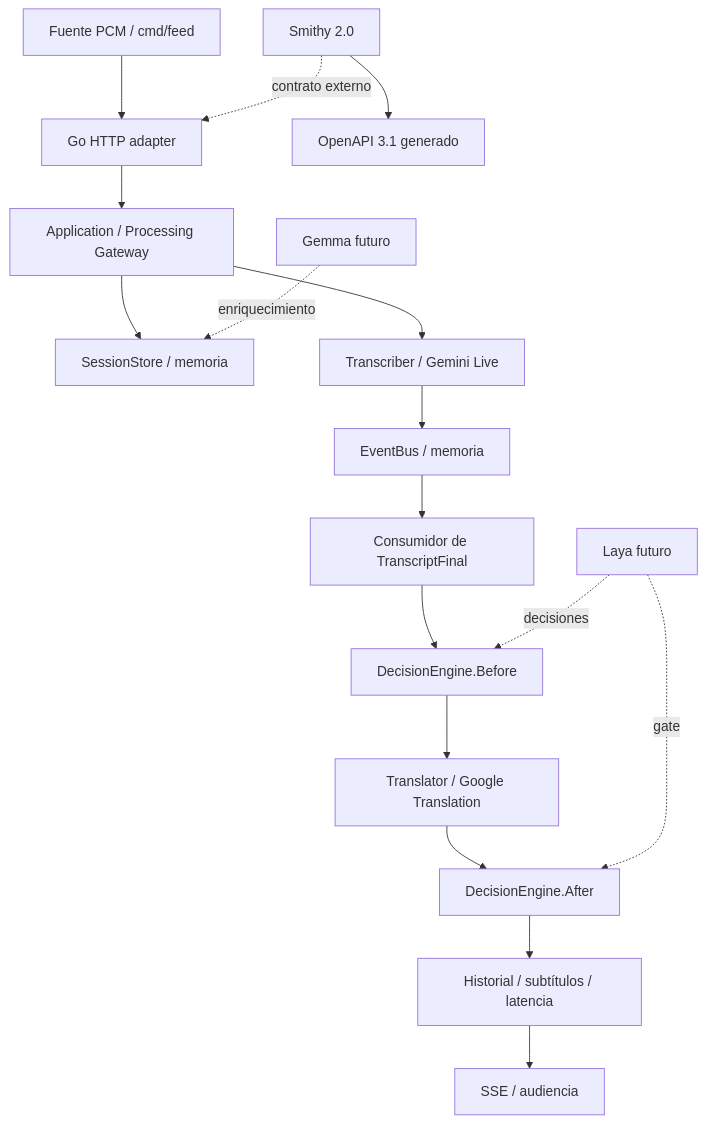
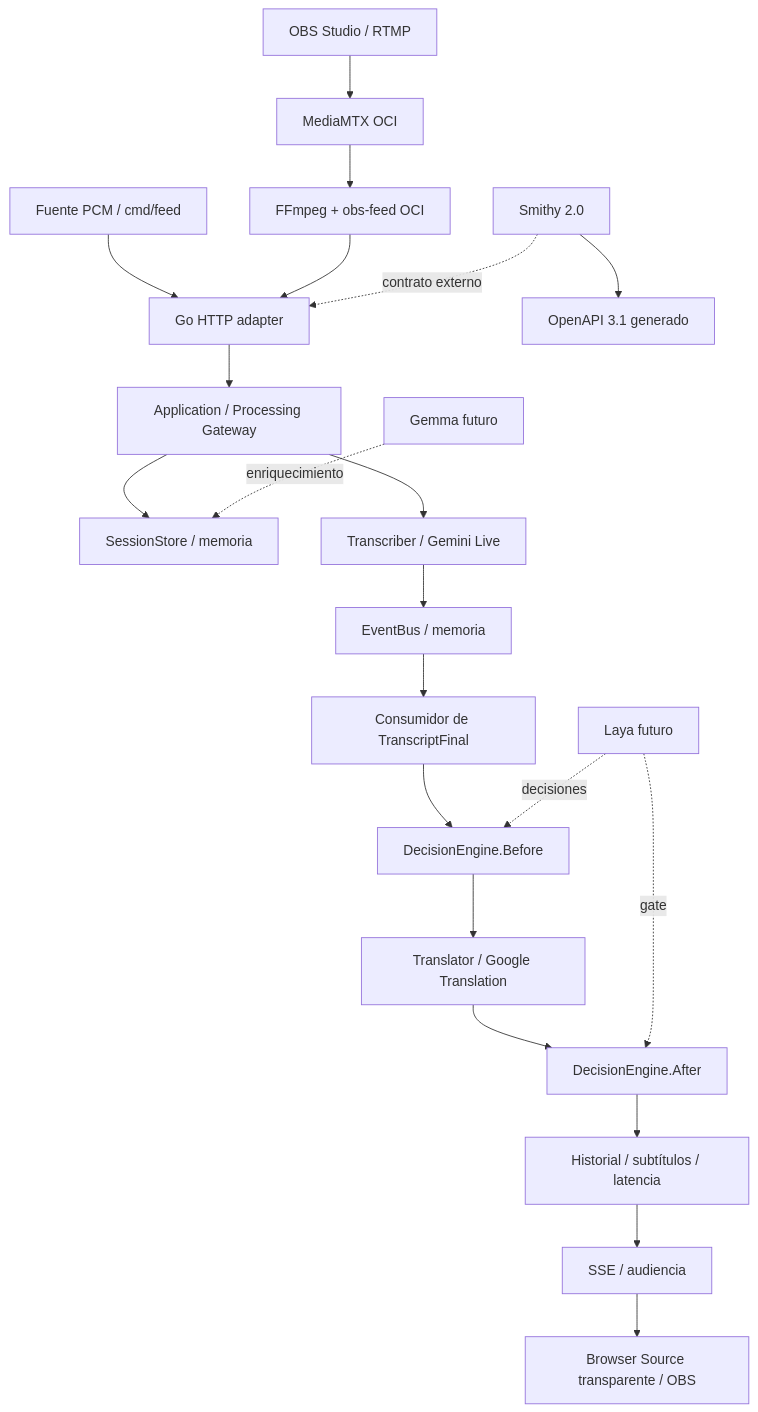
One commit to munhof/sintonizados changed the diagram in docs/architecture/overview.md. Above: the diagram before and after it, drawn with Mermaid. The commit also changed 24 other files, not shown here.

Commit message:
feat: add live browser and OBS audio input

````diff
--- a/docs/architecture/overview.md
+++ b/docs/architecture/overview.md
@@ -3,19 +3,23 @@
 ```mermaid
 flowchart TB
   Feed[Fuente PCM / cmd/feed] --> HTTP[Go HTTP adapter]
+  OBS[OBS Studio / RTMP] --> MTX[MediaMTX OCI]
+  MTX --> FF[FFmpeg + obs-feed OCI]
+  FF --> HTTP
   HTTP --> App[Application / Processing Gateway]
   App --> Store[SessionStore / memoria]
   App --> T[Transcriber / Gemini Live]
   T --> Bus[EventBus / memoria]
   Bus --> Worker[Consumidor de TranscriptFinal]
   Worker --> Pre[DecisionEngine.Before]
   Pre --> Translator[Translator / Google Translation]
   Translator --> Post[DecisionEngine.After]
   Post --> History[Historial / subtítulos / latencia]
   History --> SSE[SSE / audiencia]
+  SSE --> Overlay[Browser Source transparente / OBS]
   Model[Smithy 2.0] --> OpenAPI[OpenAPI 3.1 generado]
   Model -. contrato externo .-> HTTP
   Gemma[Gemma futuro] -. enriquecimiento .-> Store
   Laya[Laya futuro] -. decisiones .-> Pre
   Laya -. gate .-> Post
 ```
````
